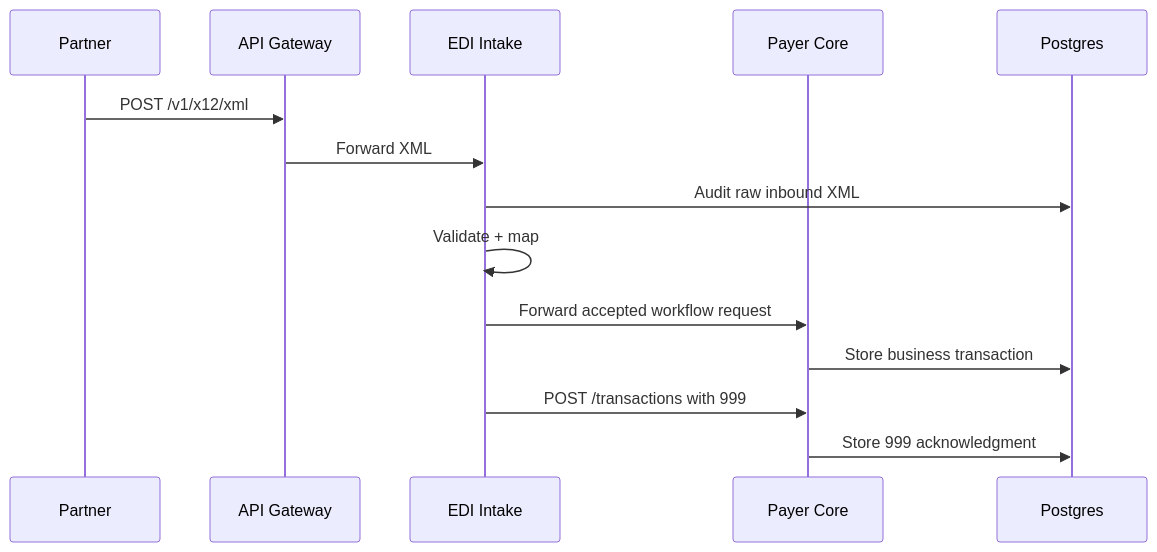
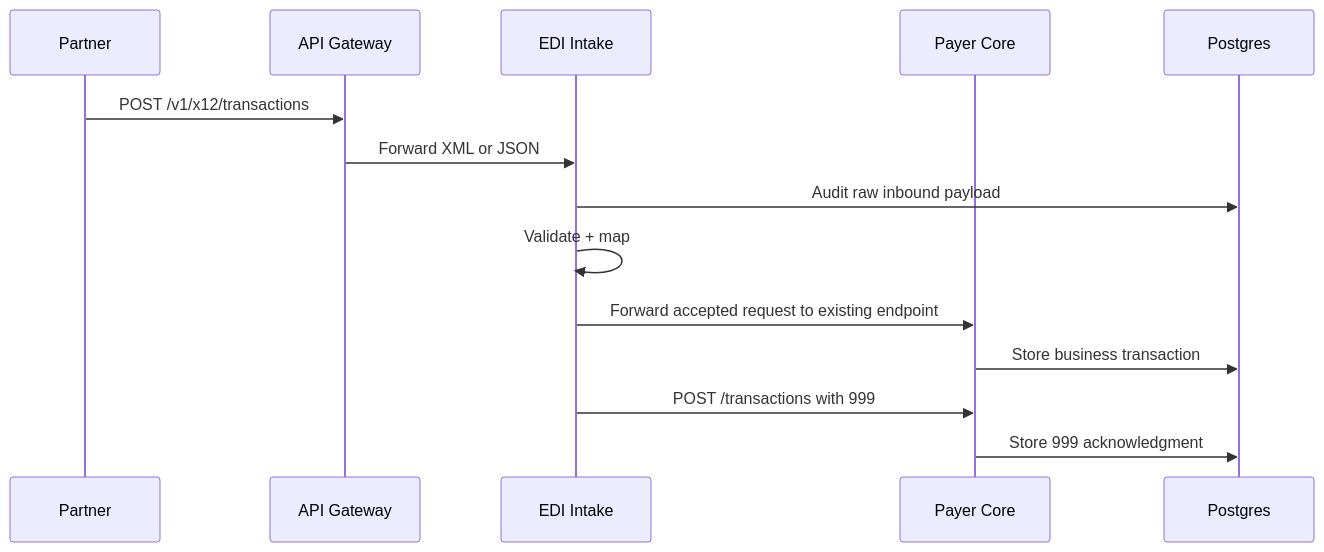
Before and after one commit to orieken/adventure-society-health-network: the third of 3 diagrams in docs/presentations/ashn-technical-deep-dive.md, drawn with Mermaid. The commit also changed other lines of this file and 21 other files, not shown here.

````diff
--- a/docs/presentations/ashn-technical-deep-dive.md
+++ b/docs/presentations/ashn-technical-deep-dive.md
@@ -167,17 +167,17 @@
 ```mermaid
 sequenceDiagram
     participant Partner
     participant GW as API Gateway
     participant Intake as EDI Intake
     participant Payer as Payer Core
     participant DB as Postgres
 
-    Partner->>GW: POST /v1/x12/xml
-    GW->>Intake: Forward XML
-    Intake->>DB: Audit raw inbound XML
+    Partner->>GW: POST /v1/x12/transactions
+    GW->>Intake: Forward XML or JSON
+    Intake->>DB: Audit raw inbound payload
     Intake->>Intake: Validate + map
-    Intake->>Payer: Forward accepted workflow request
+    Intake->>Payer: Forward accepted request to existing endpoint
     Payer->>DB: Store business transaction
     Intake->>Payer: POST /transactions with 999
     Payer->>DB: Store 999 acknowledgment
 ```
````
